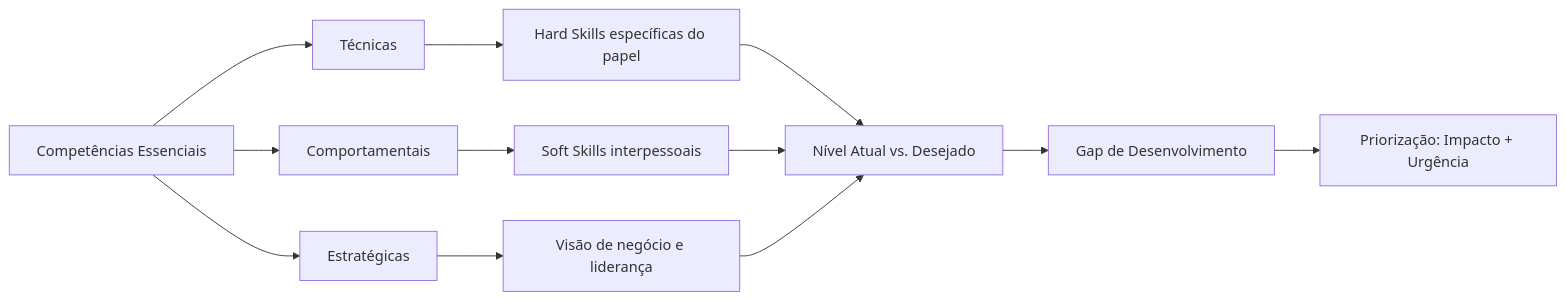
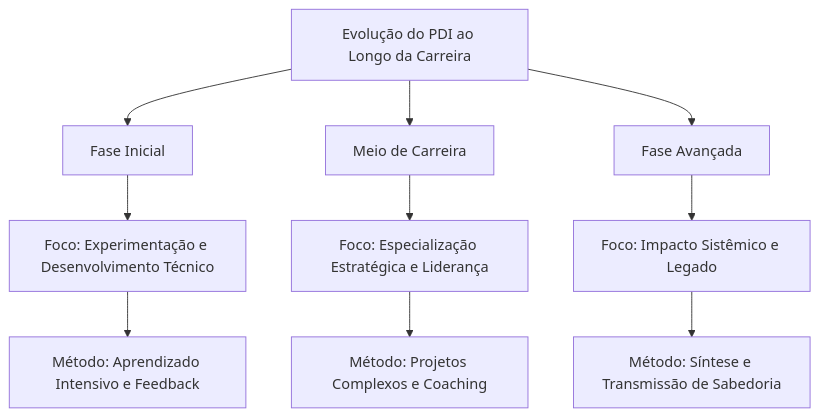
One commit to felipepimentel/my-public-notes changed the first of 7 diagrams in Leadership/pdi.md. Above: the diagram before and after it, drawn with Mermaid. The commit also changed other lines of this file, not shown here.

````diff
--- a/Leadership/pdi.md
+++ b/Leadership/pdi.md
@@ -144,17 +67,14 @@
 ```mermaid
-graph LR
-    A[Competências Essenciais] --> B[Técnicas]
-    A --> C[Comportamentais]
-    A --> D[Estratégicas]
+graph TD
+    A[Evolução do PDI ao Longo da Carreira] --> B[Fase Inicial]
+    A --> C[Meio de Carreira]
+    A --> D[Fase Avançada]
     
-    B --> E[Hard Skills específicas do papel]
-    C --> F[Soft Skills interpessoais]
-    D --> G[Visão de negócio e liderança]
+    B --> E[Foco: Experimentação e Desenvolvimento Técnico]
+    C --> F[Foco: Especialização Estratégica e Liderança]
+    D --> G[Foco: Impacto Sistêmico e Legado]
     
-    E --> H[Nível Atual vs. Desejado]
-    F --> H
-    G --> H
-    
-    H --> I[Gap de Desenvolvimento]
-    I --> J[Priorização: Impacto + Urgência]
+    E --> H[Método: Aprendizado Intensivo e Feedback]
+    F --> I[Método: Projetos Complexos e Coaching]
+    G --> J[Método: Síntese e Transmissão de Sabedoria]
 ```
````
